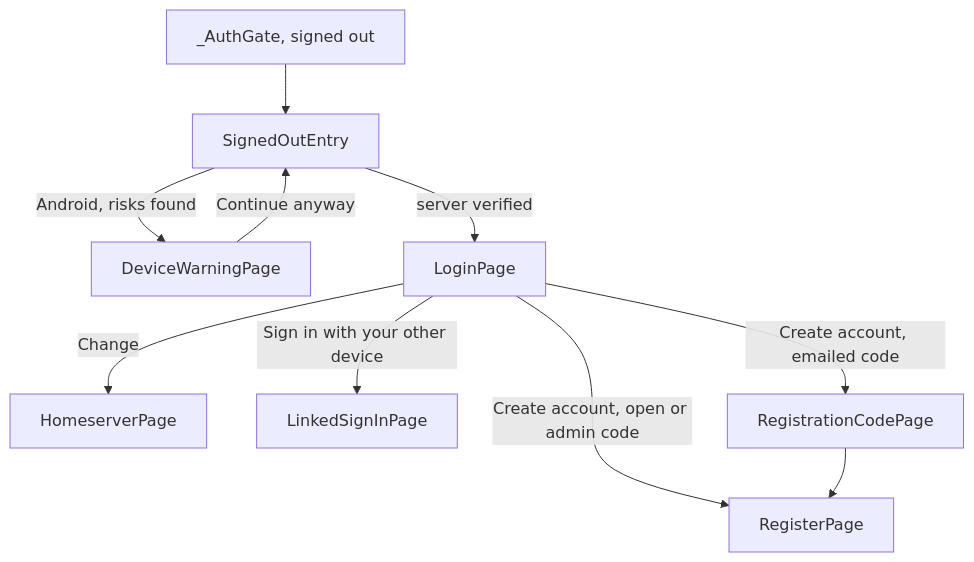
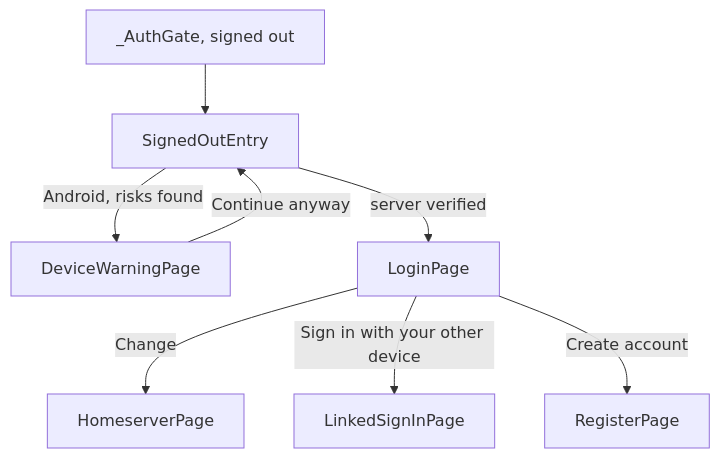
The first of 2 diagrams in docs/features/authentication.md (Zuno-Chat/zuno-chat), drawn with Mermaid before and after one commit. The commit also changed other lines of this file and 49 other files, not shown here.

````diff
--- a/docs/features/authentication.md
+++ b/docs/features/authentication.md
@@ -18,12 +18,10 @@
 ```mermaid
 flowchart TD
   Gate["_AuthGate, signed out"] --> Entry[SignedOutEntry]
   Entry -->|Android, risks found| Warn[DeviceWarningPage]
   Warn -->|Continue anyway| Entry
   Entry -->|server verified| Login[LoginPage]
   Login -->|Change| Server[HomeserverPage]
   Login -->|Sign in with your other device| Linked[LinkedSignInPage]
-  Login -->|Create account, emailed code| Code[RegistrationCodePage]
-  Login -->|Create account, open or admin code| Register[RegisterPage]
-  Code --> Register
+  Login -->|Create account| Register[RegisterPage]
 ```
````
